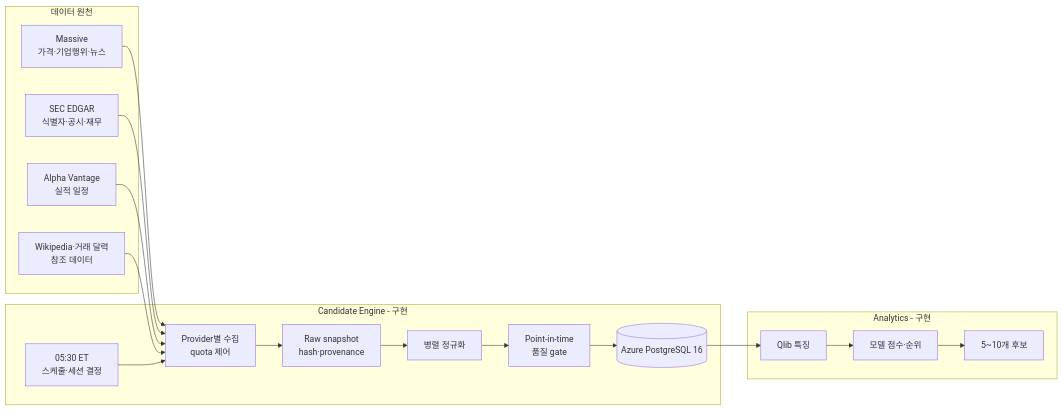
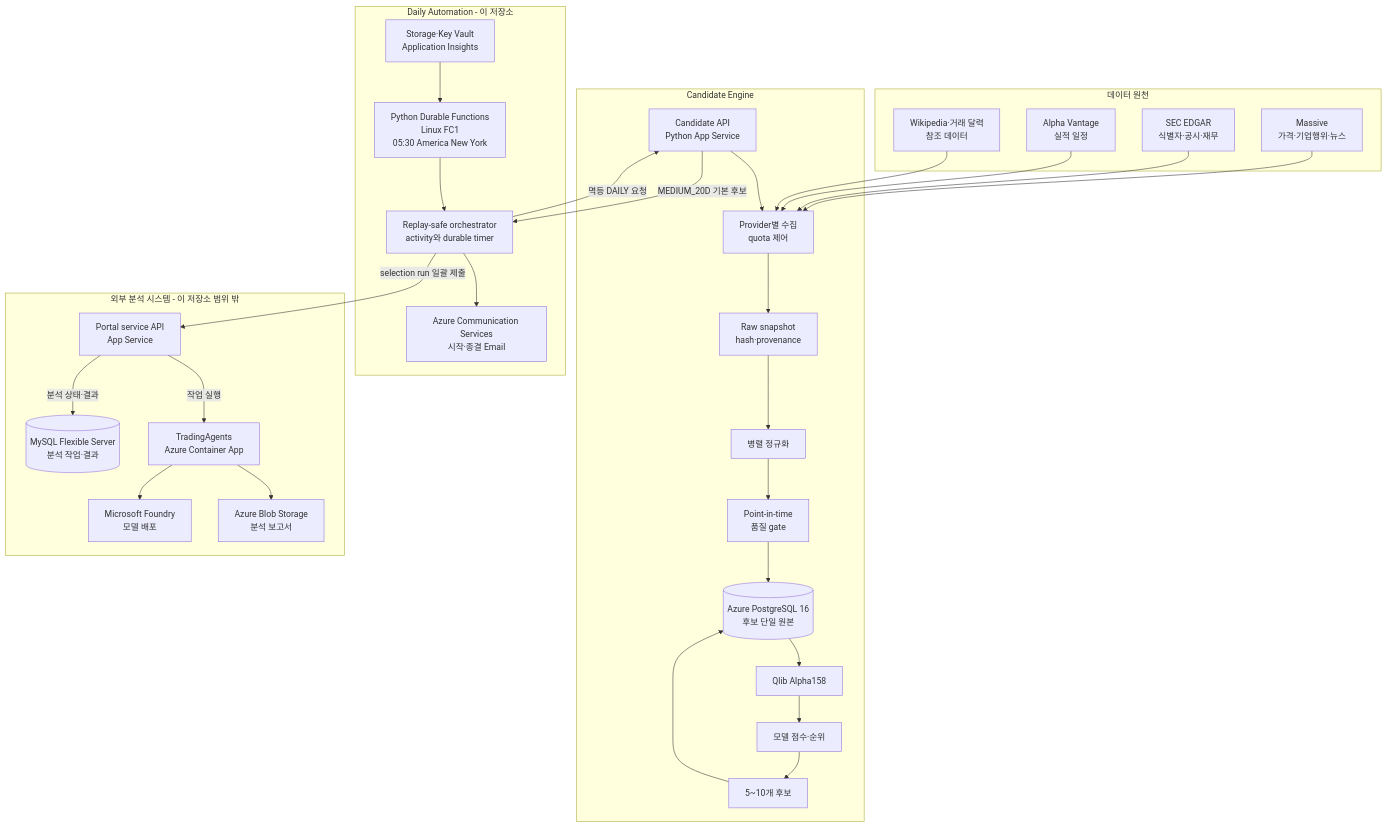
The first of 4 diagrams in README.md (brjeong-private/sp500-candidate-engine), drawn with Mermaid before and after one commit. The commit also changed other lines of this file and 5 other files, not shown here.

Commit message:
docs: document daily Azure architecture

````diff
--- a/README.md
+++ b/README.md
@@ -81,32 +86,55 @@
 ```mermaid
-flowchart LR
+flowchart TB
     subgraph Sources["데이터 원천"]
         Massive["Massive<br/>가격·기업행위·뉴스"]
         SEC["SEC EDGAR<br/>식별자·공시·재무"]
         Alpha["Alpha Vantage<br/>실적 일정"]
         Reference["Wikipedia·거래 달력<br/>참조 데이터"]
     end
 
-    subgraph Engine["Candidate Engine - 구현"]
-        Scheduler["05:30 ET<br/>스케줄·세션 결정"]
+    subgraph Candidate["Candidate Engine"]
+        CandidateApi["Candidate API<br/>Python App Service"]
         Collectors["Provider별 수집<br/>quota 제어"]
         Raw["Raw snapshot<br/>hash·provenance"]
         Normalize["병렬 정규화"]
         Gates["Point-in-time<br/>품질 gate"]
-        Database[("Azure PostgreSQL 16")]
+        Features["Qlib Alpha158"]
+        Scores["모델 점수·순위"]
+        Candidates["5~10개 후보"]
+        PostgreSQL[("Azure PostgreSQL 16<br/>후보 단일 원본")]
     end
 
-    subgraph Analytics["Analytics - 구현"]
-        Features["Qlib 특징"]
-        Scores["모델 점수·순위"]
-        Candidates["5~10개 후보"]
+    subgraph Automation["Daily Automation - 이 저장소"]
+        Timer["Python Durable Functions<br/>Linux FC1<br/>05:30 America New York"]
+        Durable["Replay-safe orchestrator<br/>activity와 durable timer"]
+        ACS["Azure Communication Services<br/>시작·종결 Email"]
+        State["Storage·Key Vault<br/>Application Insights"]
+    end
+
+    subgraph External["외부 분석 시스템 - 이 저장소 범위 밖"]
+        Portal["Portal service API<br/>App Service"]
+        MySQL[("MySQL Flexible Server<br/>분석 작업·결과")]
+        TradingAgents["TradingAgents<br/>Azure Container App"]
+        Foundry["Microsoft Foundry<br/>모델 배포"]
+        Reports["Azure Blob Storage<br/>분석 보고서"]
     end
 
     Massive --> Collectors
     SEC --> Collectors
     Alpha --> Collectors
     Reference --> Collectors
-    Scheduler --> Collectors
-    Collectors --> Raw --> Normalize --> Gates --> Database
-    Database --> Features --> Scores --> Candidates
+    CandidateApi --> Collectors
+    Collectors --> Raw --> Normalize --> Gates --> PostgreSQL
+    PostgreSQL --> Features --> Scores --> Candidates --> PostgreSQL
+
+    Timer --> Durable
+    State --> Timer
+    Durable -->|"멱등 DAILY 요청"| CandidateApi
+    CandidateApi -->|"MEDIUM_20D 기본 후보"| Durable
+    Durable -->|"selection run 일괄 제출"| Portal
+    Portal -->|"작업 실행"| TradingAgents
+    Portal -->|"분석 상태·결과"| MySQL
+    TradingAgents --> Foundry
+    TradingAgents --> Reports
+    Durable --> ACS
 ```
````
